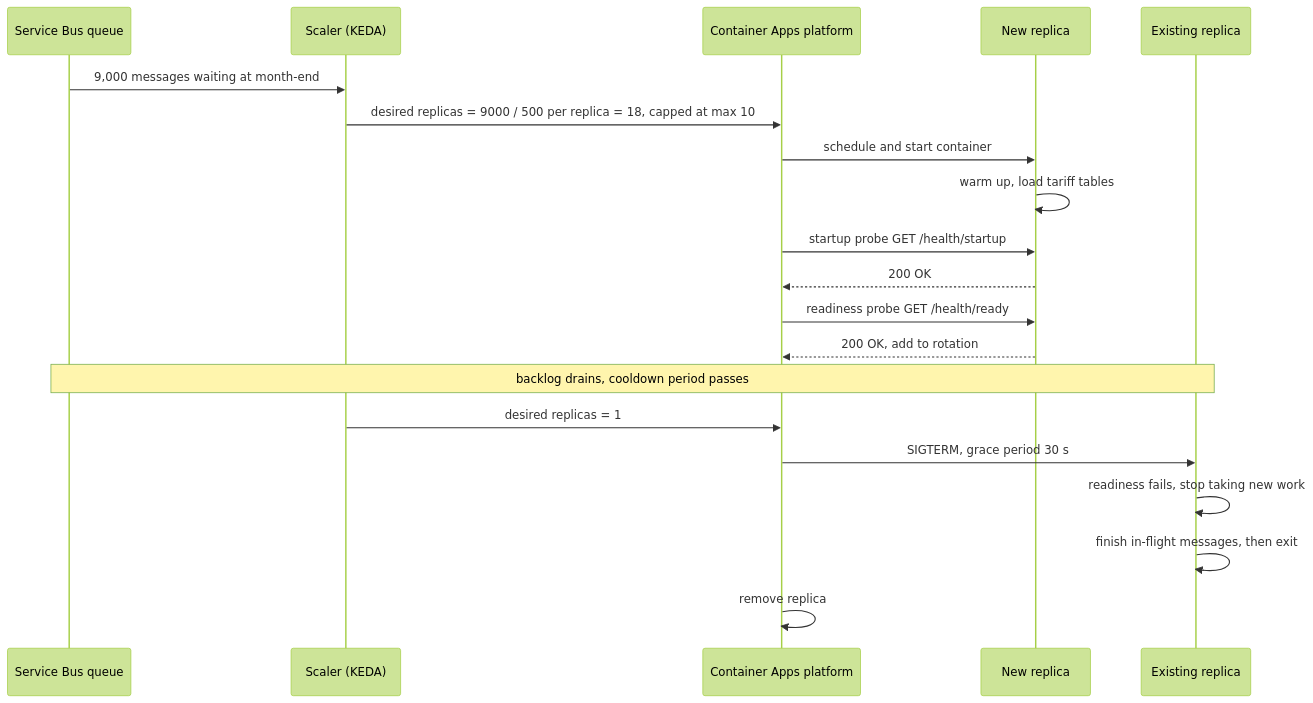
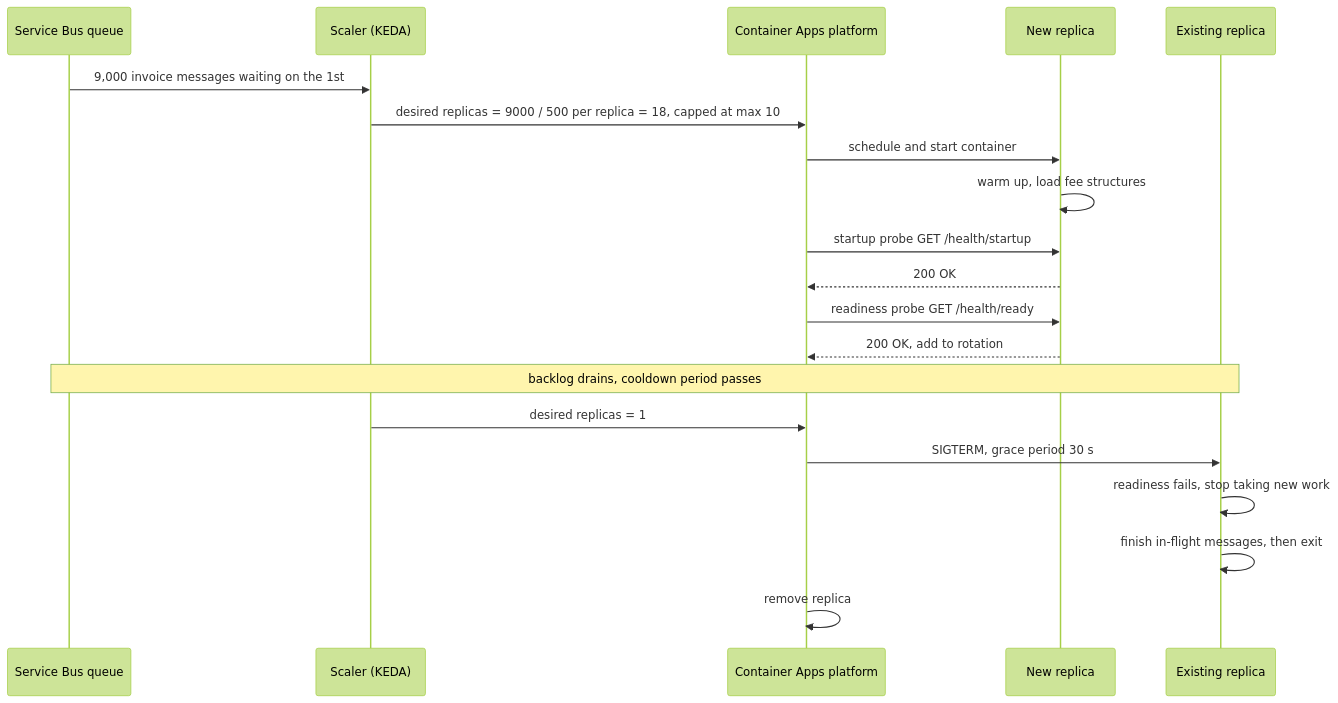
The second of 2 diagrams in content/lessons/m15/m15-azure-compute.md (rizwi0786/system-design-lab), drawn with Mermaid (forest theme) before and after one commit. The commit also changed other lines of this file and 334 other files, not shown here.

````diff
--- a/content/lessons/m15/m15-azure-compute.md
+++ b/content/lessons/m15/m15-azure-compute.md
@@ -215,22 +215,22 @@
 ```mermaid
 sequenceDiagram
     participant Q as Service Bus queue
     participant KEDA as Scaler (KEDA)
     participant Plat as Container Apps platform
     participant R2 as New replica
     participant R1 as Existing replica
-    Q->>KEDA: 9,000 messages waiting at month-end
+    Q->>KEDA: 9,000 invoice messages waiting on the 1st
     KEDA->>Plat: desired replicas = 9000 / 500 per replica = 18, capped at max 10
     Plat->>R2: schedule and start container
-    R2->>R2: warm up, load tariff tables
+    R2->>R2: warm up, load fee structures
     Plat->>R2: startup probe GET /health/startup
     R2-->>Plat: 200 OK
     Plat->>R2: readiness probe GET /health/ready
     R2-->>Plat: 200 OK, add to rotation
     Note over Q,R1: backlog drains, cooldown period passes
     KEDA->>Plat: desired replicas = 1
     Plat->>R1: SIGTERM, grace period 30 s
     R1->>R1: readiness fails, stop taking new work
     R1->>R1: finish in-flight messages, then exit
     Plat->>Plat: remove replica
 ```
````
